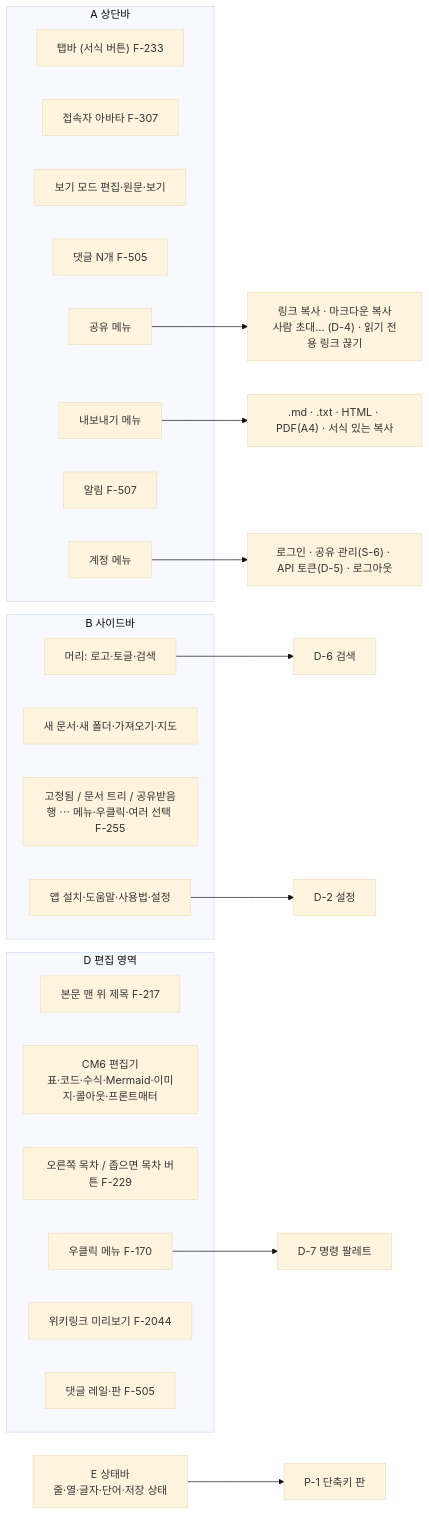
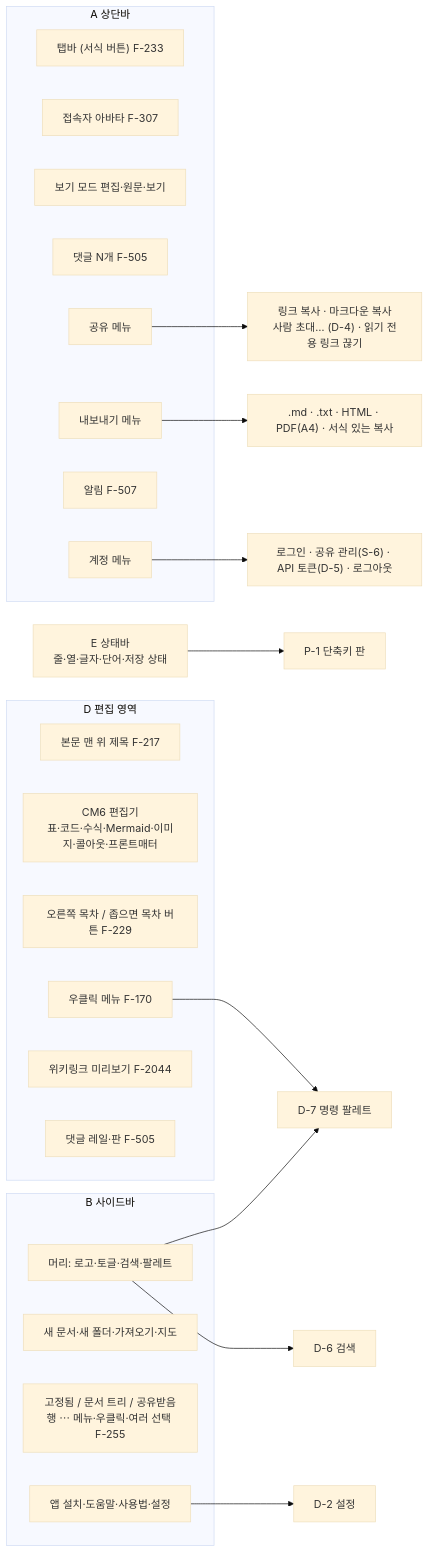
Before and after one commit to R00neyj/rawdoc: the third of 5 diagrams in specs/map.md, drawn with Mermaid (base theme). The commit also changed other lines of this file and 6 other files, not shown here.

````diff
--- a/specs/map.md
+++ b/specs/map.md
@@ -67,36 +67,37 @@
 ```mermaid
 flowchart LR
   subgraph A["A 상단바"]
     A1["탭바 (서식 버튼) F-233"]
     A2["접속자 아바타 F-307"]
     A3["보기 모드 편집·원문·보기"]
     A4["댓글 N개 F-505"]
     A5["공유 메뉴"]
     A6["내보내기 메뉴"]
     A7["알림 F-507"]
     A8["계정 메뉴"]
   end
   subgraph B["B 사이드바"]
-    B1["머리: 로고·토글·검색"]
+    B1["머리: 로고·토글·검색·팔레트"]
     B2["새 문서·새 폴더·가져오기·지도"]
     B3["고정됨 / 문서 트리 / 공유받음<br/>행 ⋯ 메뉴·우클릭·여러 선택 F-255"]
     B4["앱 설치·도움말·사용법·설정"]
   end
   subgraph D["D 편집 영역"]
     D1["본문 맨 위 제목 F-217"]
     D2["CM6 편집기<br/>표·코드·수식·Mermaid·이미지·콜아웃·프론트매터"]
     D3["오른쪽 목차 / 좁으면 목차 버튼 F-229"]
     D4["우클릭 메뉴 F-170"]
     D5["위키링크 미리보기 F-2044"]
     D6["댓글 레일·판 F-505"]
   end
   E["E 상태바<br/>줄·열·글자·단어·저장 상태"]
 
   A5 --> share["링크 복사 · 마크다운 복사<br/>사람 초대… (D-4) · 읽기 전용 링크 끊기"]
   A6 --> export[".md · .txt · HTML · PDF(A4) · 서식 있는 복사"]
   A8 --> account["로그인 · 공유 관리(S-6) · API 토큰(D-5) · 로그아웃"]
   B1 --> D6dlg["D-6 검색"]
+  B1 --> D7dlg["D-7 명령 팔레트"]
   B4 --> D2dlg["D-2 설정"]
-  D4 --> D7dlg["D-7 명령 팔레트"]
+  D4 --> D7dlg
   E --> P1["P-1 단축키 판"]
 ```
````
